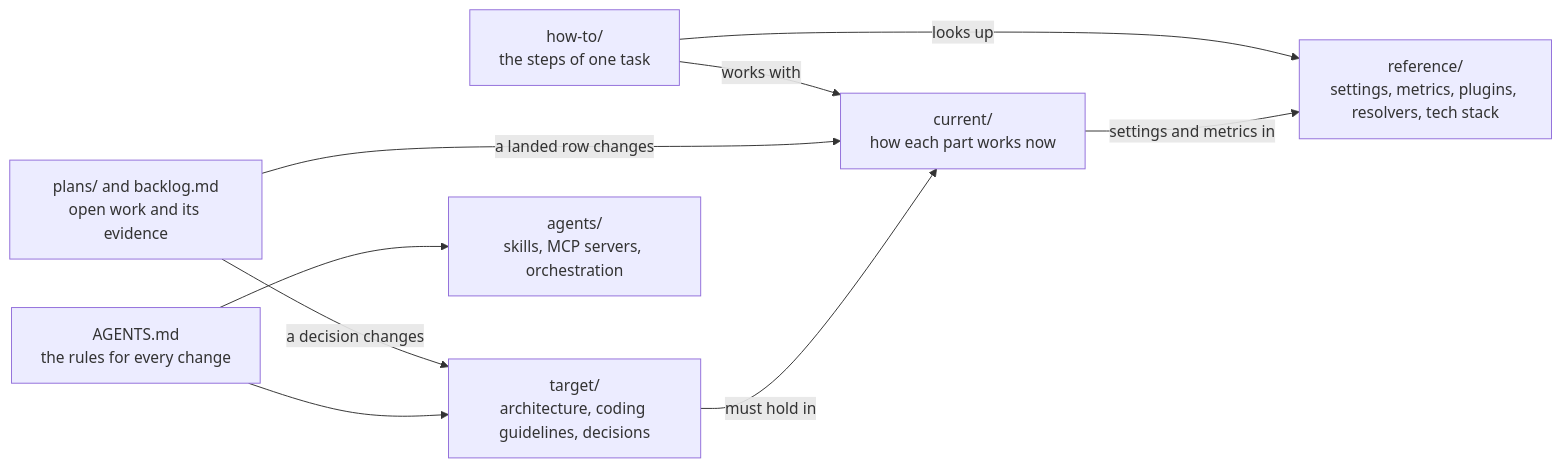
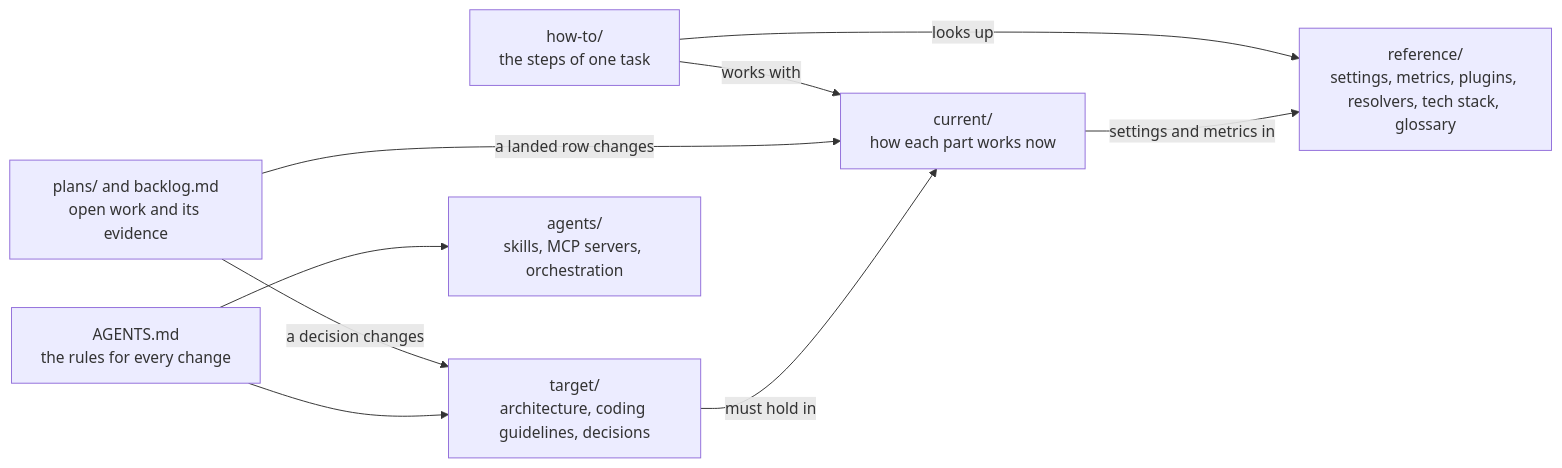
One commit to Strob0t/Scavengarr changed the diagram in docs/README.md. Above: the diagram before and after it, drawn with Mermaid. The commit also changed other lines of this file and 3 other files, not shown here.

Commit message:
docs(reference): a glossary of the codebase's terms (row 130)

````diff
--- a/docs/README.md
+++ b/docs/README.md
@@ -11,18 +11,18 @@
 ```mermaid
 flowchart LR
     rules["AGENTS.md<br/>the rules for every change"]
     target["target/<br/>architecture, coding guidelines, decisions"]
     current["current/<br/>how each part works now"]
     howto["how-to/<br/>the steps of one task"]
-    reference["reference/<br/>settings, metrics, plugins, resolvers, tech stack"]
+    reference["reference/<br/>settings, metrics, plugins, resolvers, tech stack, glossary"]
     agents["agents/<br/>skills, MCP servers, orchestration"]
     plans["plans/ and backlog.md<br/>open work and its evidence"]
     rules --> target
     rules --> agents
     target -->|"must hold in"| current
     plans -->|"a landed row changes"| current
     plans -->|"a decision changes"| target
     current -->|"settings and metrics in"| reference
     howto -->|"works with"| current
     howto -->|"looks up"| reference
 ```
````
